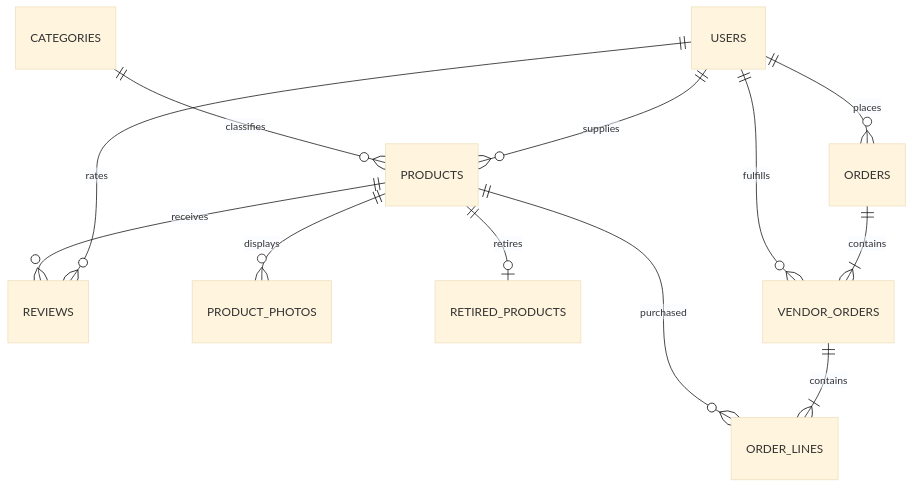
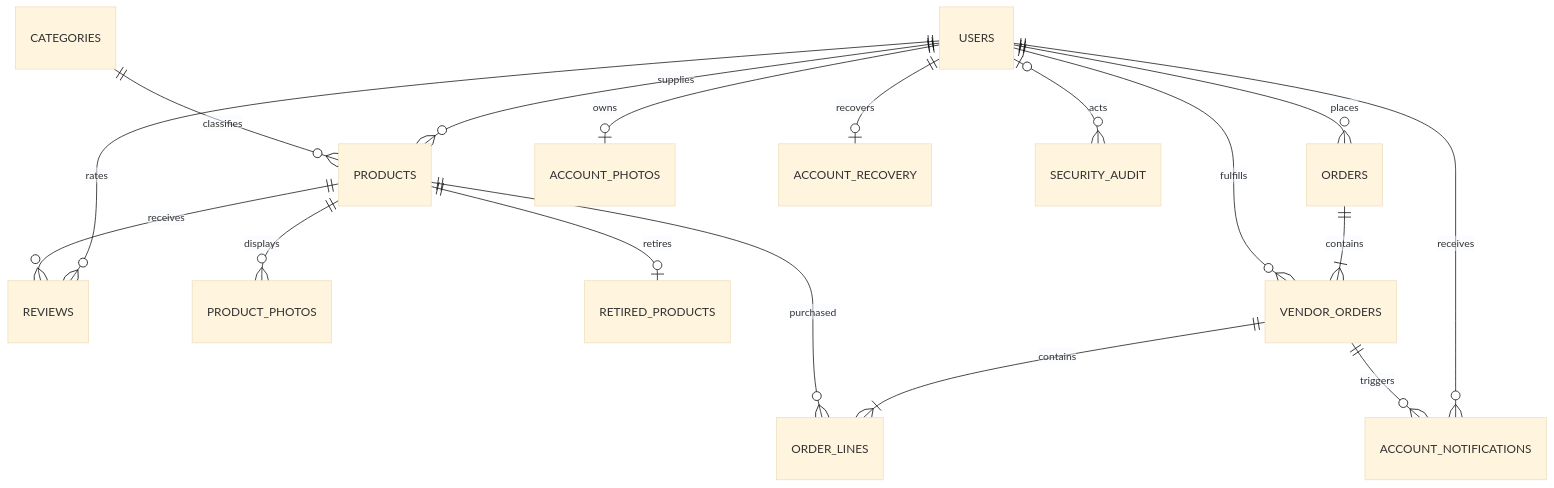
Before and after one commit to Gabbu69/Forma-Trade: the diagram in docs/data-model.md, drawn with Mermaid (base theme). The commit also changed other lines of this file and 26 other files, not shown here.

Commit message:
Expand Forma Trade account and vendor workflows

````diff
--- a/docs/data-model.md
+++ b/docs/data-model.md
@@ -3,14 +3,19 @@
 ```mermaid
 erDiagram
     USERS ||--o{ PRODUCTS : supplies
     CATEGORIES ||--o{ PRODUCTS : classifies
     USERS ||--o{ REVIEWS : rates
     PRODUCTS ||--o{ REVIEWS : receives
     PRODUCTS ||--o{ PRODUCT_PHOTOS : displays
     PRODUCTS ||--o| RETIRED_PRODUCTS : retires
     USERS ||--o{ ORDERS : places
     ORDERS ||--|{ VENDOR_ORDERS : contains
     USERS ||--o{ VENDOR_ORDERS : fulfills
     VENDOR_ORDERS ||--|{ ORDER_LINES : contains
     PRODUCTS ||--o{ ORDER_LINES : purchased
+    USERS ||--o| ACCOUNT_PHOTOS : owns
+    USERS ||--o| ACCOUNT_RECOVERY : recovers
+    USERS ||--o{ ACCOUNT_NOTIFICATIONS : receives
+    VENDOR_ORDERS ||--o{ ACCOUNT_NOTIFICATIONS : triggers
+    USERS o|--o{ SECURITY_AUDIT : acts
 ```
````
